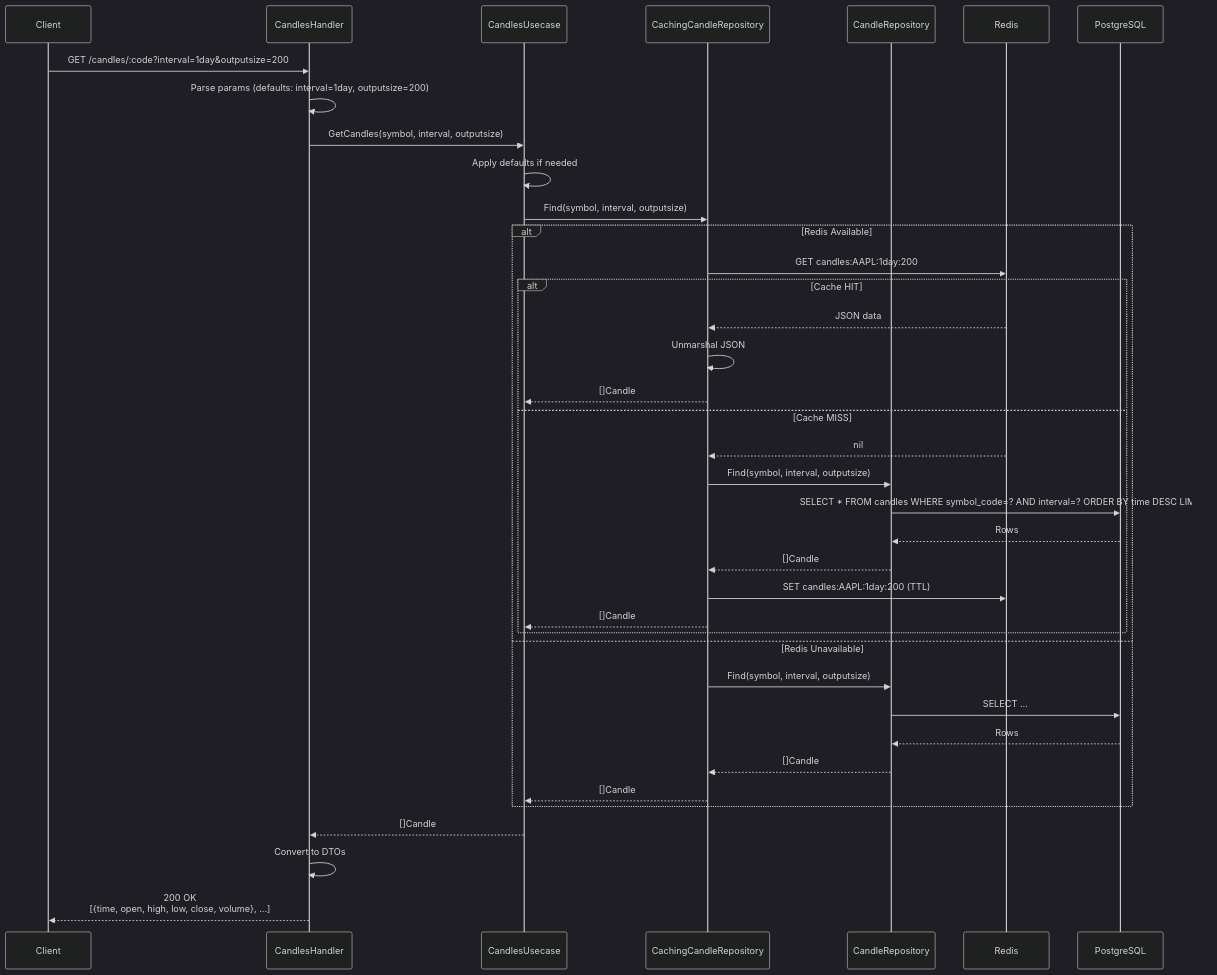
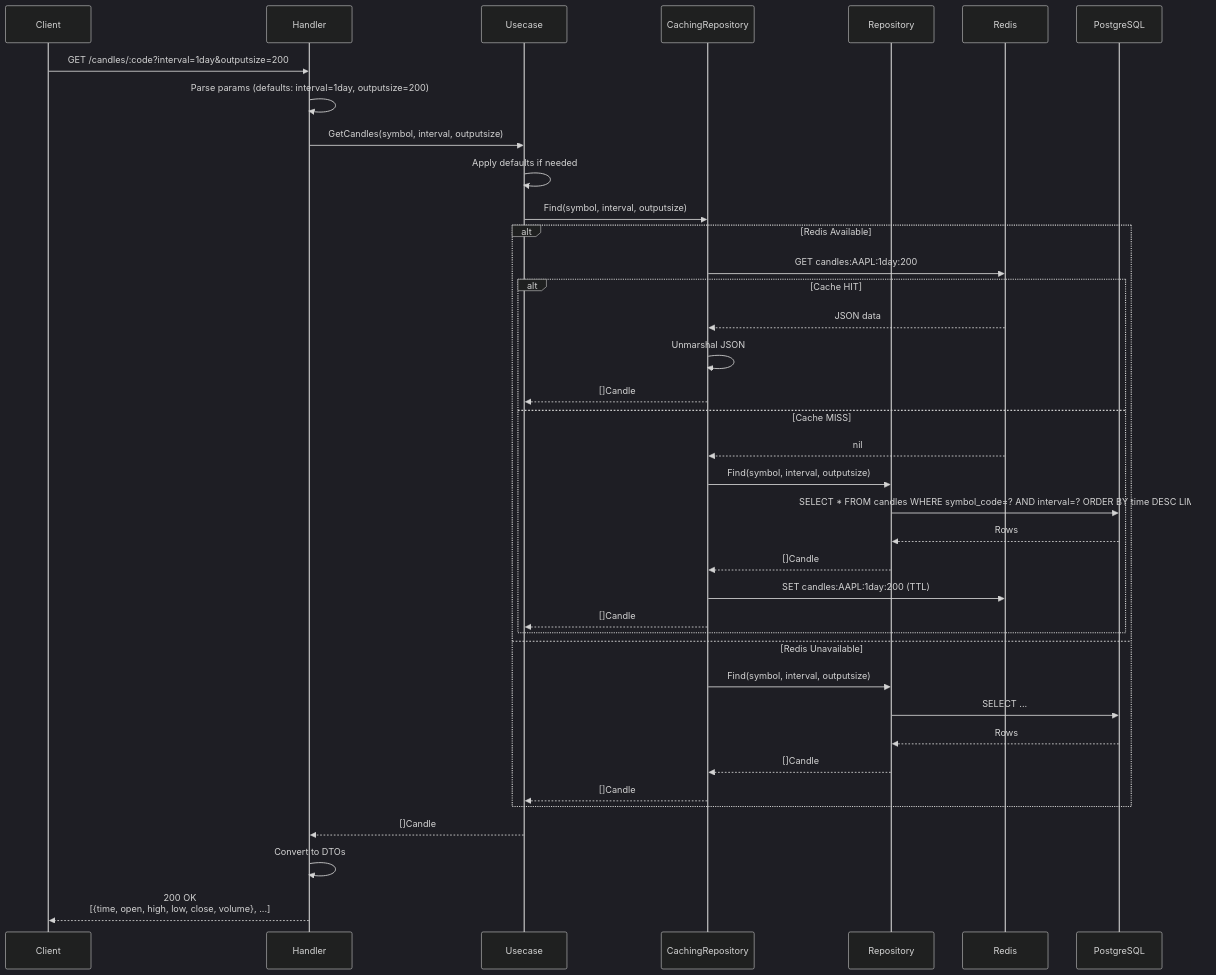
One commit to UCHIDAnobuhiro/stock_backend changed the first of 3 diagrams in internal/feature/candles/README.md. Above: the diagram before and after it, drawn with Mermaid (dark theme). The commit also changed other lines of this file and 41 other files, not shown here.

````diff
--- a/internal/feature/candles/README.md
+++ b/internal/feature/candles/README.md
@@ -19,43 +19,43 @@
 ```mermaid
 sequenceDiagram
     participant Client
-    participant Handler as CandlesHandler
-    participant Usecase as CandlesUsecase
-    participant Cache as CachingCandleRepository
-    participant Repository as CandleRepository
+    participant Handler as Handler
+    participant Usecase as Usecase
+    participant Cache as CachingRepository
+    participant Repository as Repository
     participant Redis
     participant DB as PostgreSQL
 
     Client->>Handler: GET /candles/:code?interval=1day&outputsize=200
     Handler->>Handler: Parse params (defaults: interval=1day, outputsize=200)
     Handler->>Usecase: GetCandles(symbol, interval, outputsize)
     Usecase->>Usecase: Apply defaults if needed
     Usecase->>Cache: Find(symbol, interval, outputsize)
 
     alt Redis Available
         Cache->>Redis: GET candles:AAPL:1day:200
         alt Cache HIT
             Redis-->>Cache: JSON data
             Cache->>Cache: Unmarshal JSON
             Cache-->>Usecase: []Candle
         else Cache MISS
             Redis-->>Cache: nil
             Cache->>Repository: Find(symbol, interval, outputsize)
             Repository->>DB: SELECT * FROM candles WHERE symbol_code=? AND interval=? ORDER BY time DESC LIMIT ?
             DB-->>Repository: Rows
             Repository-->>Cache: []Candle
             Cache->>Redis: SET candles:AAPL:1day:200 (TTL)
             Cache-->>Usecase: []Candle
         end
     else Redis Unavailable
         Cache->>Repository: Find(symbol, interval, outputsize)
         Repository->>DB: SELECT ...
         DB-->>Repository: Rows
         Repository-->>Cache: []Candle
         Cache-->>Usecase: []Candle
     end
 
     Usecase-->>Handler: []Candle
     Handler->>Handler: Convert to DTOs
     Handler-->>Client: 200 OK<br/>[{time, open, high, low, close, volume}, ...]
 ```
````
